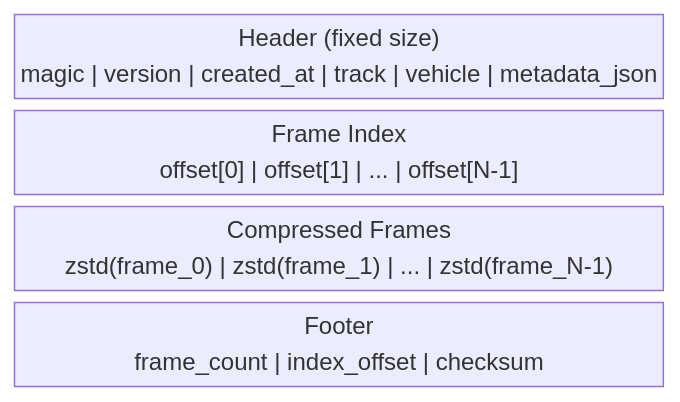
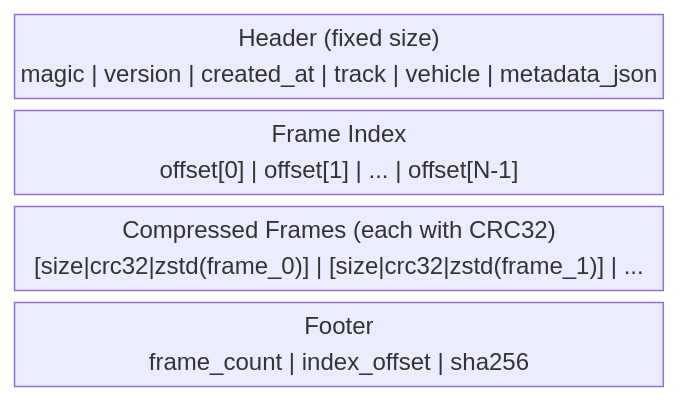
The second of 3 diagrams in docs/docs/recording/overview.md (SeamusMullan/TeleMU), drawn with Mermaid before and after one commit. The commit also changed other lines of this file and 5 other files, not shown here.

First line of the commit message:
feat: add recording integrity verification with CRC32 per chunk and SHA-256 in footer

````diff
--- a/docs/docs/recording/overview.md
+++ b/docs/docs/recording/overview.md
@@ -60,8 +60,8 @@
 ```mermaid
 block-beta
     columns 1
     Header["Header (fixed size)\nmagic | version | created_at | track | vehicle | metadata_json"]
     Index["Frame Index\noffset[0] | offset[1] | ... | offset[N-1]"]
-    Frames["Compressed Frames\nzstd(frame_0) | zstd(frame_1) | ... | zstd(frame_N-1)"]
-    Footer["Footer\nframe_count | index_offset | checksum"]
+    Frames["Compressed Frames (each with CRC32)\n[size|crc32|zstd(frame_0)] | [size|crc32|zstd(frame_1)] | ..."]
+    Footer["Footer\nframe_count | index_offset | sha256"]
 ```
````
